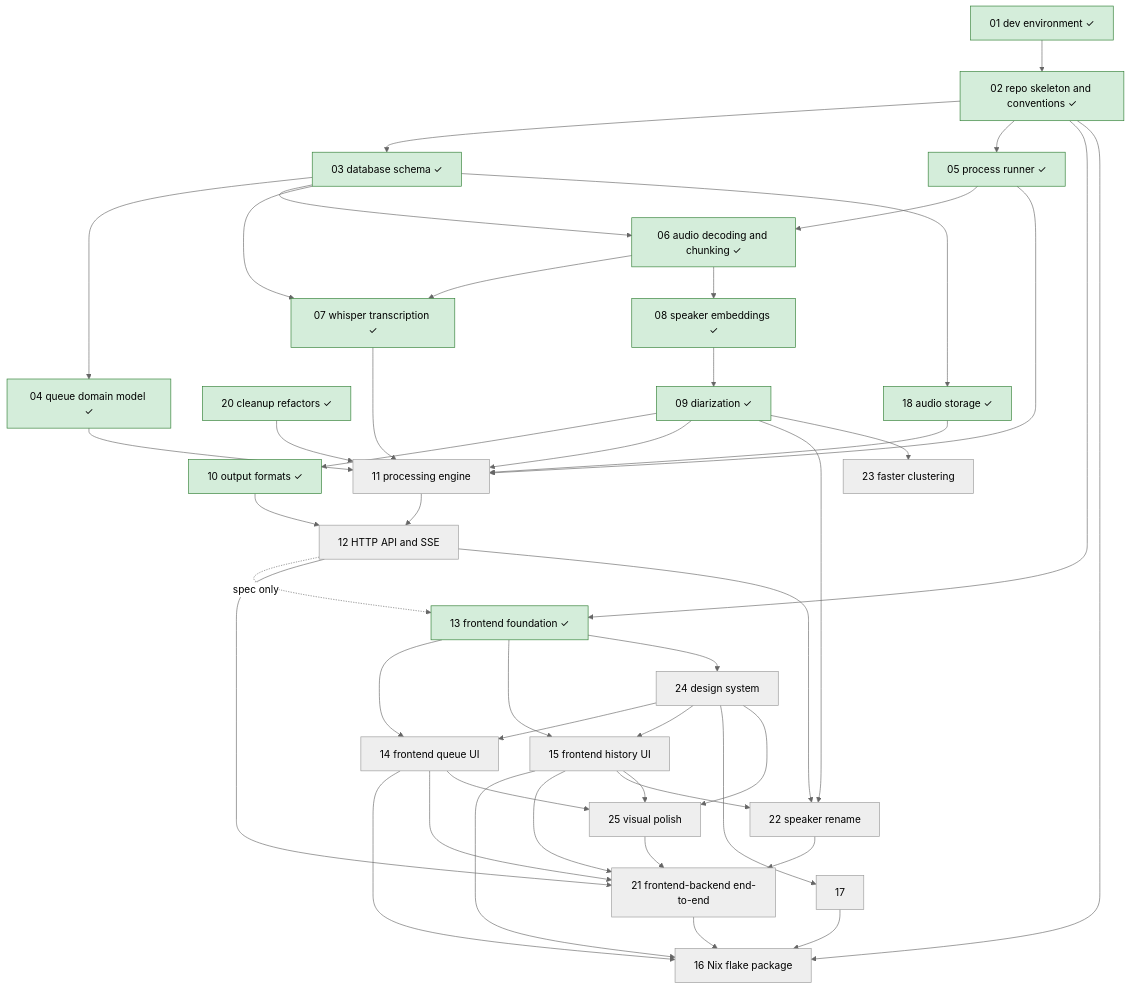
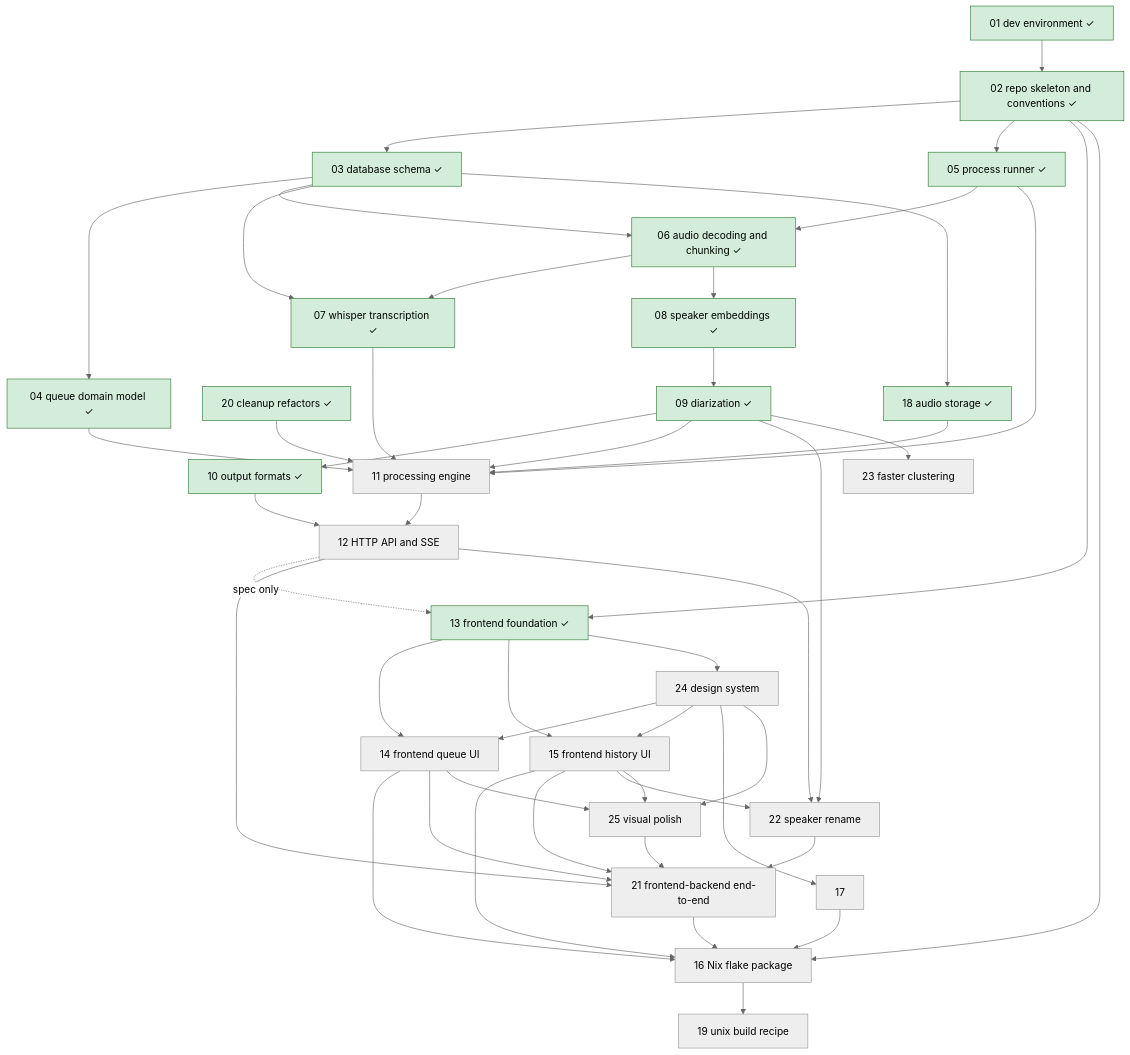
The diagram in roadmap/README.md (lulu-berlin/speech-to-text-app), drawn with Mermaid (neutral theme) before and after one commit. The commit also changed other lines of this file and 2 other files, not shown here.

Commit message:
Add item 19: generic Unix build recipe with minimal dependencies

````diff
--- a/roadmap/README.md
+++ b/roadmap/README.md
@@ -17,50 +17,51 @@
 ```mermaid
 graph TD
   01[01 dev environment ✓]:::done --> 02[02 repo skeleton and conventions ✓]:::done
   02 --> 03[03 database schema ✓]:::done
   03 --> 04[04 queue domain model ✓]:::done
   02 --> 05[05 process runner ✓]:::done
   05 --> 06[06 audio decoding and chunking ✓]:::done
   03 --> 06
   06 --> 07[07 whisper transcription ✓]:::done
   03 --> 07
   06 --> 08[08 speaker embeddings ✓]:::done
   08 --> 09[09 diarization ✓]:::done
   09 --> 10[10 output formats ✓]:::done
   04 --> 11[11 processing engine]
   05 --> 11
   07 --> 11
   09 --> 11
   03 --> 18[18 audio storage ✓]:::done
   18 --> 11
   20 --> 11
   11 --> 12[12 HTTP API and SSE]
   10 --> 12
   02 --> 13[13 frontend foundation ✓]:::done
   12 -. spec only .-> 13
   13 --> 14[14 frontend queue UI]
   13 --> 15[15 frontend history UI]
   02 --> 16[16 Nix flake package]
   14 --> 16
   15 --> 16
   17 --> 16
   20[20 cleanup refactors ✓]:::done
   12 --> 21[21 frontend-backend end-to-end]
   14 --> 21
   15 --> 21
   22 --> 21
   25 --> 21
+  16 --> 19[19 unix build recipe]
   21 --> 16
   09 --> 22[22 speaker rename]
   12 --> 22
   15 --> 22
   09 --> 23[23 faster clustering]
   13 --> 24[24 design system]
   24 --> 14
   24 --> 15
   24 --> 17
   24 --> 25[25 visual polish]
   14 --> 25
   15 --> 25
   classDef done fill:#d4edda,stroke:#2e7d32
 ```
````
